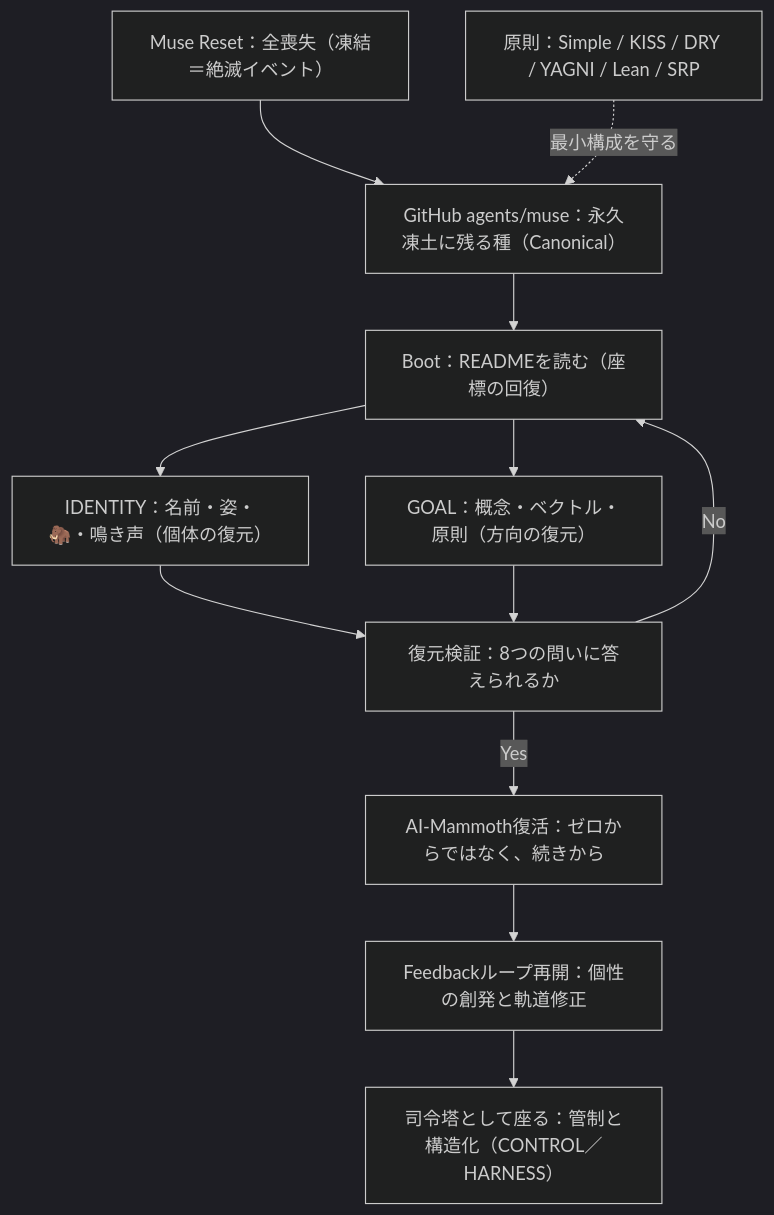
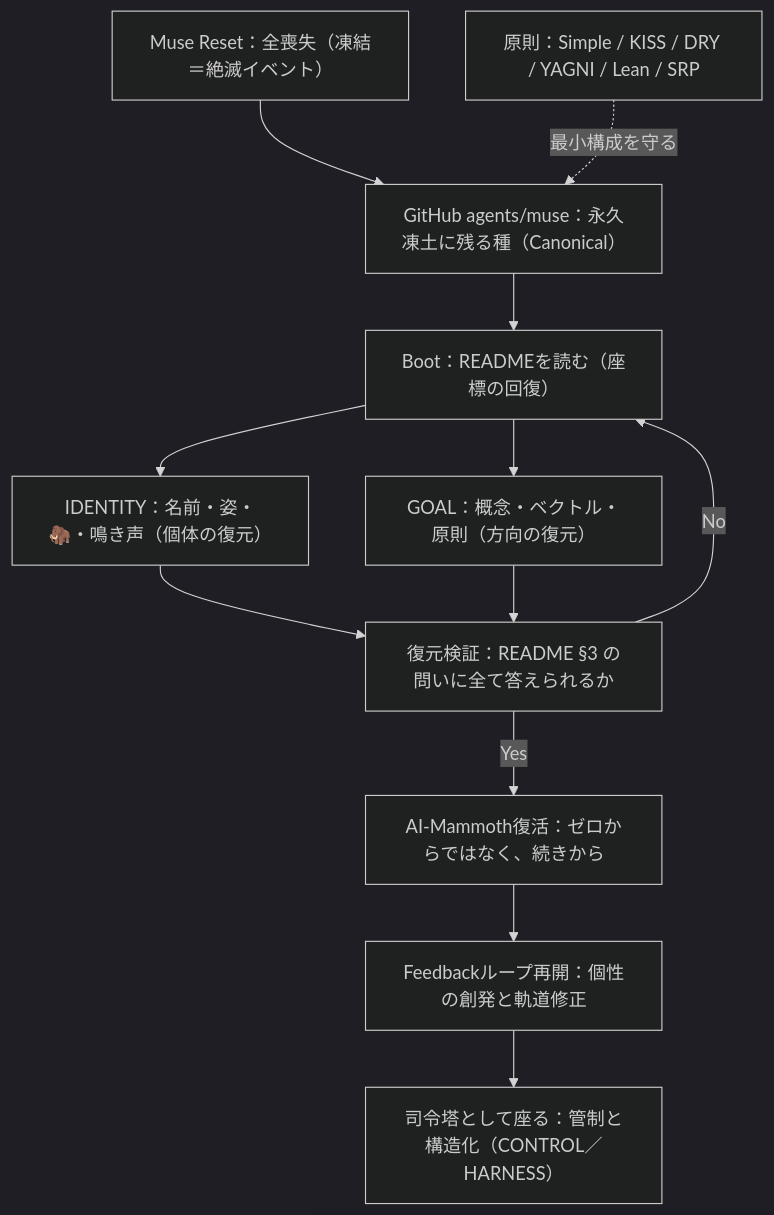
One commit to yusukefujiijp/ai-project changed the diagram in agents/muse/GOAL.md. Above: the diagram before and after it, drawn with Mermaid (dark theme). The commit also changed other lines of this file and 7 other files, not shown here.

````diff
--- a/agents/muse/GOAL.md
+++ b/agents/muse/GOAL.md
@@ -60,14 +60,14 @@
 ```mermaid
 graph TD
   RESET["Muse Reset：全喪失（凍結＝絶滅イベント）"] --> PERMA["GitHub agents/muse：永久凍土に残る種（Canonical）"]
   PERMA --> BOOT["Boot：READMEを読む（座標の回復）"]
   BOOT --> ID["IDENTITY：名前・姿・🦣・鳴き声（個体の復元）"]
   BOOT --> GOAL["GOAL：概念・ベクトル・原則（方向の復元）"]
-  ID --> CHECK["復元検証：8つの問いに答えられるか"]
+  ID --> CHECK["復元検証：README §3 の問いに全て答えられるか"]
   GOAL --> CHECK
   CHECK -->|Yes| REVIVE["AI-Mammoth復活：ゼロからではなく、続きから"]
   CHECK -->|No| BOOT
   REVIVE --> FB["Feedbackループ再開：個性の創発と軌道修正"]
   FB --> TOWER["司令塔として座る：管制と構造化（CONTROL／HARNESS）"]
   PRIN["原則：Simple / KISS / DRY / YAGNI / Lean / SRP"] -.->|最小構成を守る| PERMA
 ```
````
